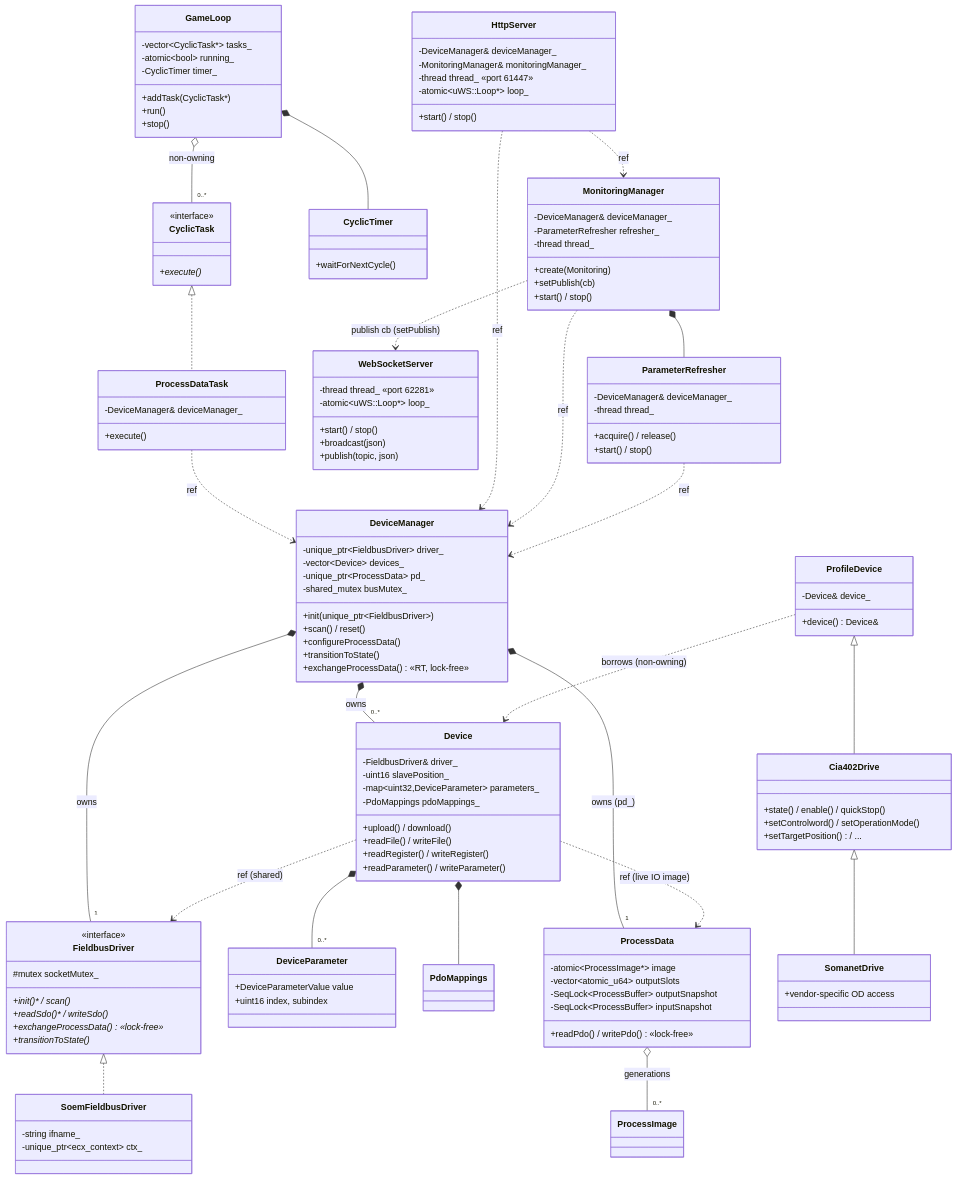
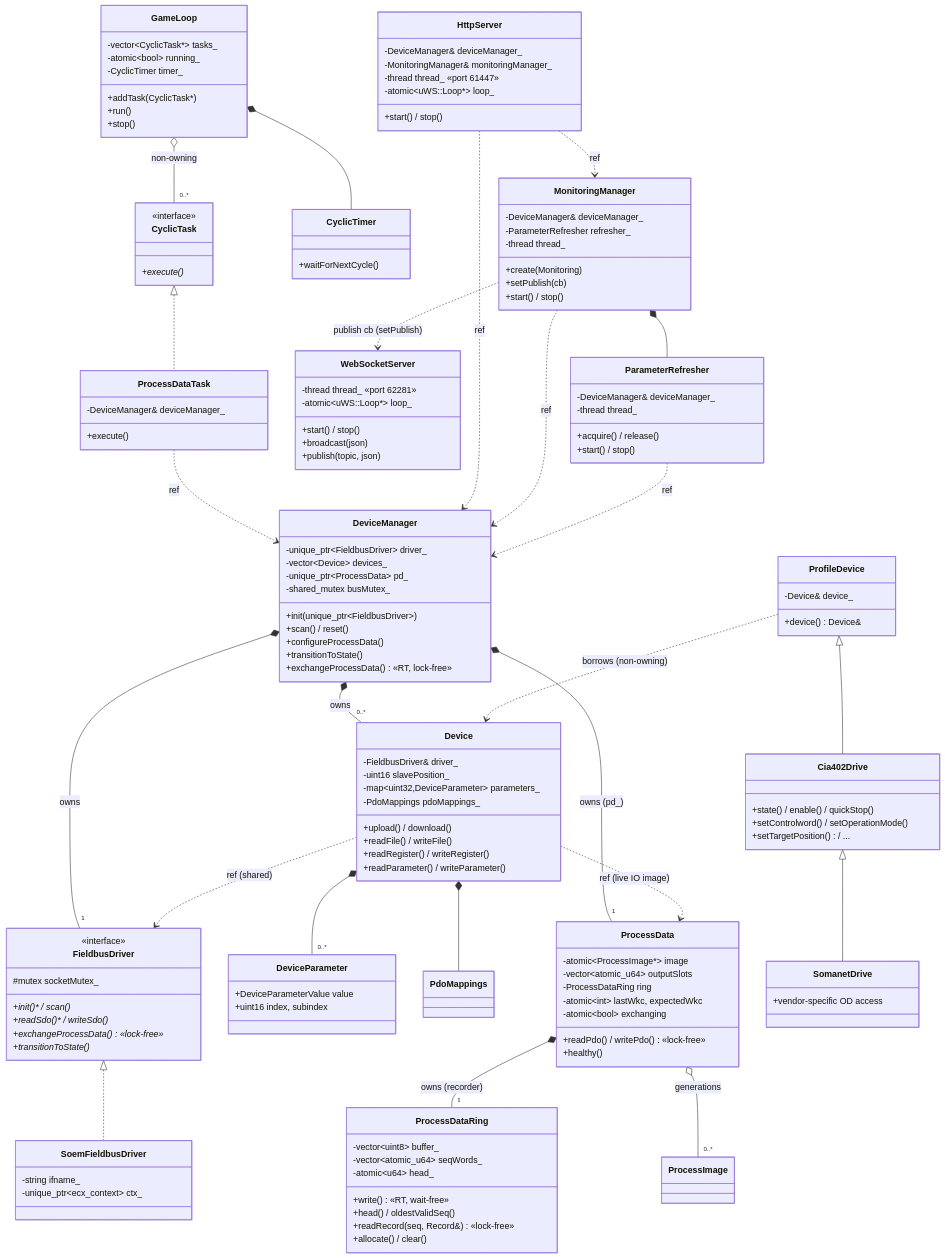
One commit to synapticon/motion-master changed the diagram in docs/CLASS_DIAGRAM.md. Above: the diagram before and after it, drawn with Mermaid. The commit also changed other lines of this file and 1 other file, not shown here.

Commit message:
docs: reflect the lossless recorder ring in the class & threading diagrams
The two SeqLock<ProcessBuffer> in/out snapshots were replaced by the
ProcessDataRing recorder (RT appends one record per cycle; source for both
the lossless live stream and point reads of head-1). Update CLASS_DIAGRAM.md
and THREADS.md to match the shipped structure.

```diff
--- a/docs/CLASS_DIAGRAM.md
+++ b/docs/CLASS_DIAGRAM.md
@@ -99,10 +99,21 @@
     class PdoMappings
     class ProcessData {
         +readPdo() / writePdo() «lock-free»
+        +healthy()
         -atomic~ProcessImage*~ image
         -vector~atomic_u64~ outputSlots
-        -SeqLock~ProcessBuffer~ outputSnapshot
-        -SeqLock~ProcessBuffer~ inputSnapshot
+        -ProcessDataRing ring
+        -atomic~int~ lastWkc, expectedWkc
+        -atomic~bool~ exchanging
+    }
+    class ProcessDataRing {
+        +write() «RT, wait-free»
+        +head() / oldestValidSeq()
+        +readRecord(seq, Record&) «lock-free»
+        +allocate() / clear()
+        -vector~uint8~ buffer_
+        -vector~atomic_u64~ seqWords_
+        -atomic~u64~ head_
     }
     class ProcessImage
     class ProfileDevice {
@@ -135,6 +146,7 @@
     DeviceManager *-- "1" FieldbusDriver : owns
     DeviceManager *-- "0..*" Device : owns
     DeviceManager *-- "1" ProcessData : owns (pd_)
+    ProcessData *-- "1" ProcessDataRing : owns (recorder)
     ProcessData o-- "0..*" ProcessImage : generations
     Device ..> FieldbusDriver : ref (shared)
     Device ..> ProcessData : ref (live IO image)
```
